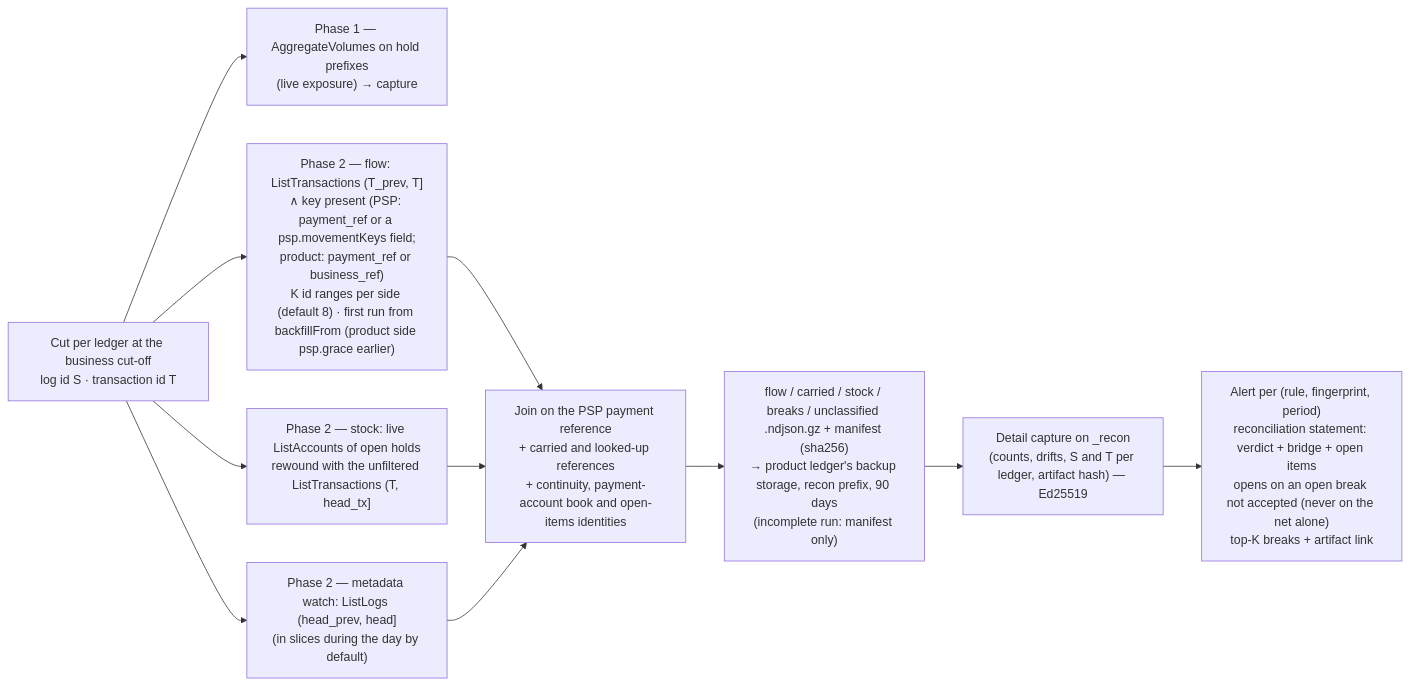
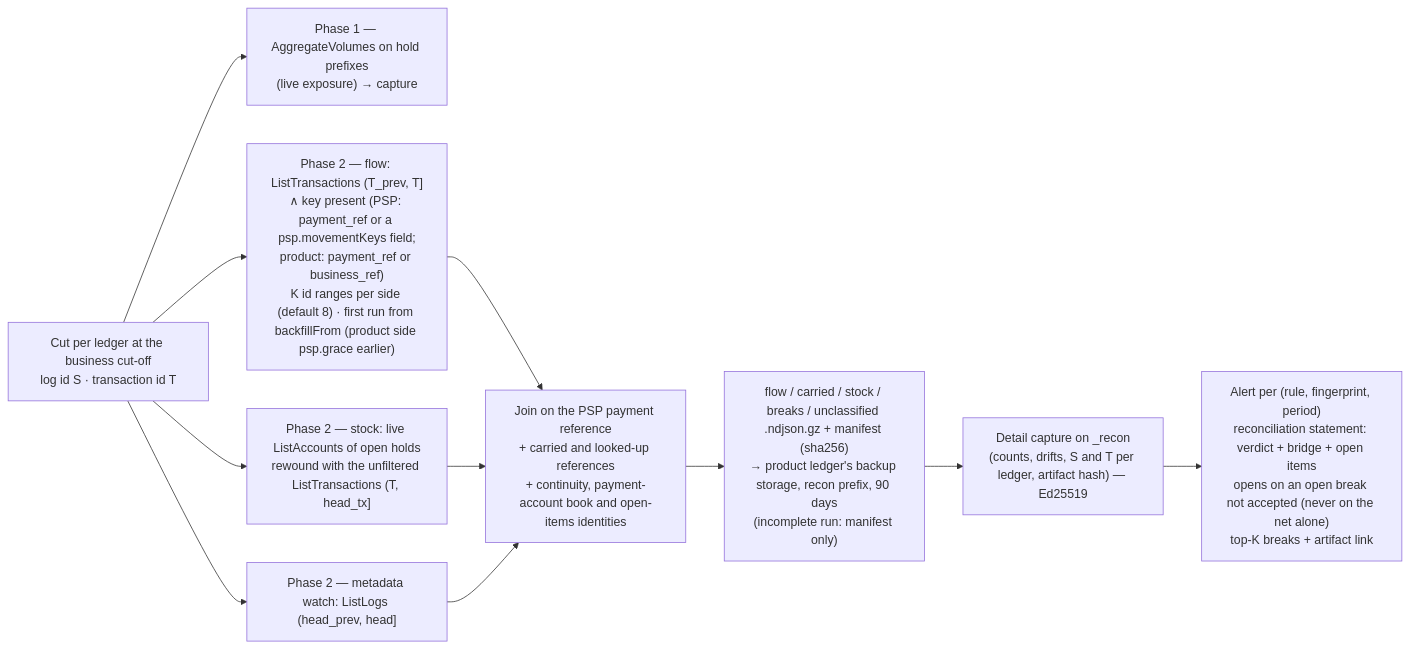
Before and after one commit to formancehq/reconciliation: the ninth of 9 diagrams in docs/technical/workflows.md, drawn with Mermaid. The commit also changed 20 other files, not shown here.

First line of the commit message:
docs(recon): defer the incremental metadata watch after V1 (ADR-005 decision 25)

````diff
--- a/docs/technical/workflows.md
+++ b/docs/technical/workflows.md
@@ -326,13 +326,13 @@
 ```mermaid
 flowchart LR
     Cut["Cut per ledger at the business cut-off<br/>log id S · transaction id T"] --> Agg["Phase 1 — AggregateVolumes on hold prefixes<br/>(live exposure) → capture"]
     Cut --> Flow["Phase 2 — flow: ListTransactions (T_prev, T]<br/>∧ key present (PSP: payment_ref or a psp.movementKeys field;<br/>product: payment_ref or business_ref)<br/>K id ranges per side (default 8) · first run from backfillFrom (product side psp.grace earlier)"]
     Cut --> Stock["Phase 2 — stock: live ListAccounts of open holds<br/>rewound with the unfiltered ListTransactions (T, head_tx]"]
-    Cut --> Watch["Phase 2 — metadata watch: ListLogs (head_prev, head]<br/>(in slices during the day by default)"]
+    Cut --> Watch["Phase 2 — metadata watch: ListLogs (head_prev, head]"]
     Flow --> Join["Join on the PSP payment reference<br/>+ carried and looked-up references<br/>+ continuity, payment-account book and open-items identities"]
     Stock --> Join
     Watch --> Join
     Join --> Art["flow / carried / stock / breaks / unclassified .ndjson.gz + manifest (sha256)<br/>→ product ledger's backup storage, recon prefix, 90 days<br/>(incomplete run: manifest only)"]
     Art --> Cap["Detail capture on _recon<br/>(counts, drifts, S and T per ledger, artifact hash) — Ed25519"]
     Cap --> Alert["Alert per (rule, fingerprint, period)<br/>reconciliation statement: verdict + bridge + open items<br/>opens on an open break not accepted (never on the net alone)<br/>top-K breaks + artifact link"]
 ```
````
